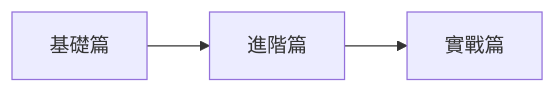
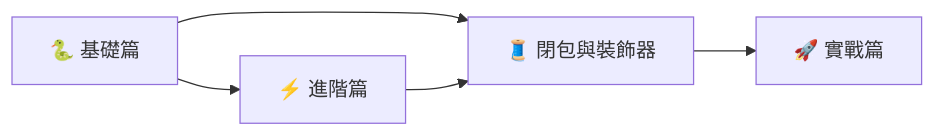
Before and after one commit to MiaoTWWW/python-teaching: the diagram in python/index.md, drawn with Mermaid. The commit also changed other lines of this file and 2 other files, not shown here.

````diff
--- a/python/index.md
+++ b/python/index.md
@@ -18,5 +18,7 @@
 ```mermaid
 flowchart LR
-    A[基礎篇] --> B[進階篇]
-    B --> C[實戰篇]
+    A["🐍 基礎篇"] --> B["⚡ 進階篇"]
+    A --> C["🧵 閉包與裝飾器"]
+    B --> C
+    C --> D["🚀 實戰篇"]
 ```
````
